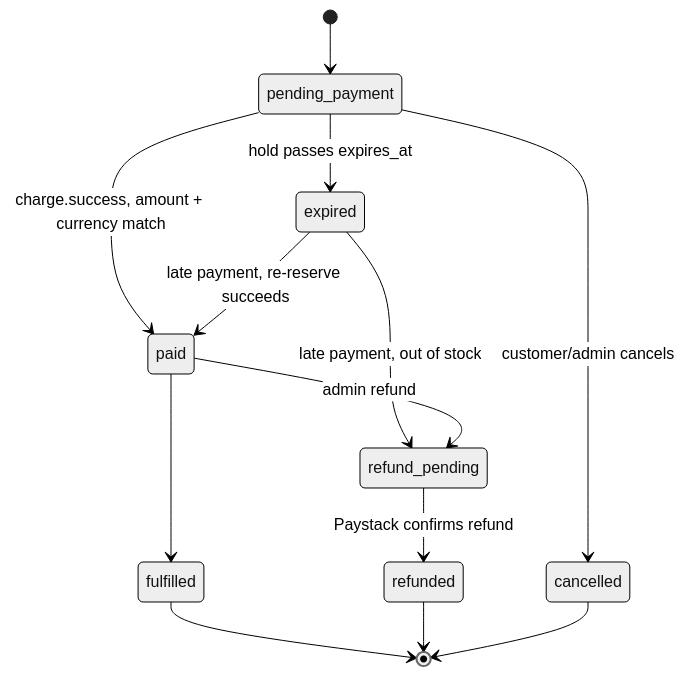
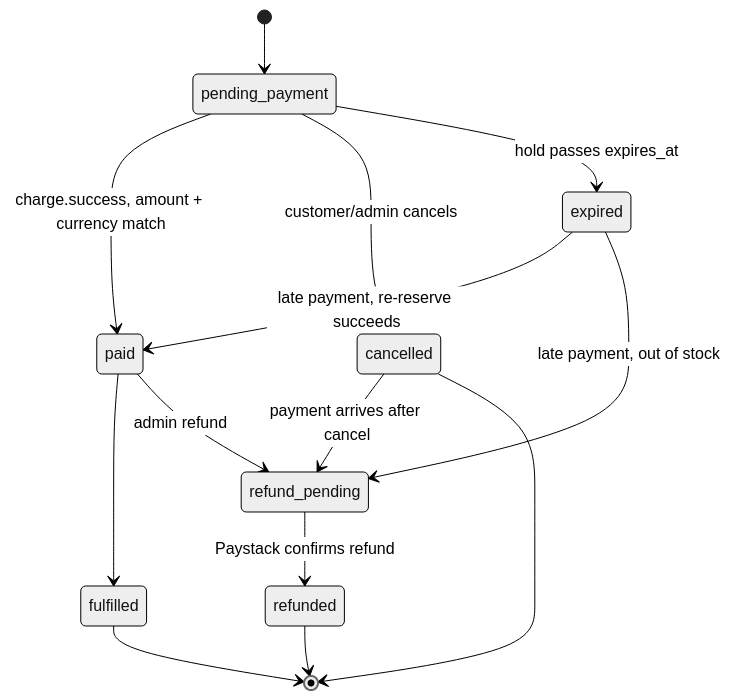
One commit to Adeyemi-authentic/fashion-store changed the third of 4 diagrams in docs/ARCHITECTURE.md. Above: the diagram before and after it, drawn with Mermaid (neutral theme). The commit also changed other lines of this file and 2 other files, not shown here.

````diff
--- a/docs/ARCHITECTURE.md
+++ b/docs/ARCHITECTURE.md
@@ -174,15 +174,16 @@
 ```mermaid
 stateDiagram-v2
     [*] --> pending_payment
     pending_payment --> paid : charge.success, amount + currency match
     pending_payment --> cancelled : customer/admin cancels
     pending_payment --> expired : hold passes expires_at
     expired --> paid : late payment, re-reserve succeeds
     expired --> refund_pending : late payment, out of stock
+    cancelled --> refund_pending : payment arrives after cancel
     paid --> fulfilled
     paid --> refund_pending : admin refund
     refund_pending --> refunded : Paystack confirms refund
     fulfilled --> [*]
     refunded --> [*]
     cancelled --> [*]
 ```
````
